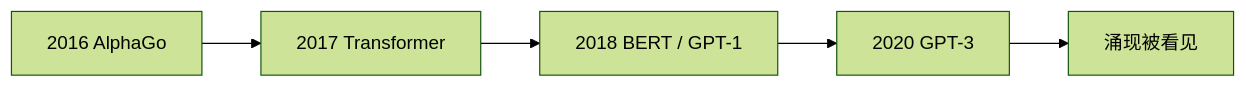
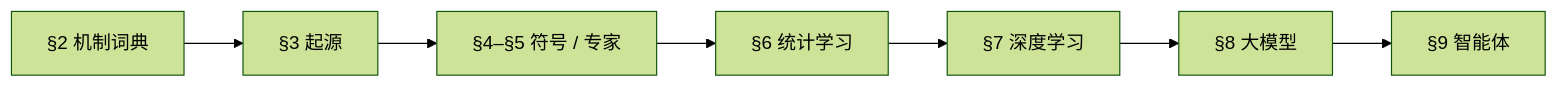
The first of 2 diagrams in 10-chronicle/12-artificial-intelligence-chronicle.md (xiaxinyu/knowledge_base), drawn with Mermaid (forest theme) before and after one commit. The commit also changed other lines of this file and 1 other file, not shown here.

````diff
--- a/10-chronicle/12-artificial-intelligence-chronicle.md
+++ b/10-chronicle/12-artificial-intelligence-chronicle.md
@@ -179,7 +52,9 @@
 ```mermaid
 flowchart LR
-  A["2016 AlphaGo"] --> B["2017 Transformer"]
-  B --> C["2018 BERT / GPT-1"]
-  C --> D["2020 GPT-3"]
-  D --> E["涌现被看见"]
+  A["§2 机制词典"] --> B["§3 起源"]
+  B --> C["§4–§5 符号 / 专家"]
+  C --> D["§6 统计学习"]
+  D --> E["§7 深度学习"]
+  E --> F["§8 大模型"]
+  F --> G["§9 智能体"]
 ```
````
